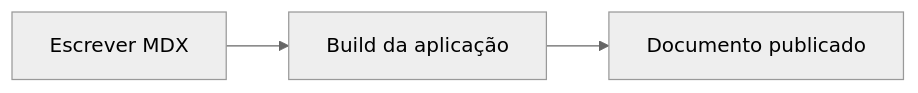
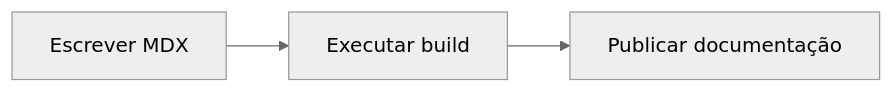
One commit to matheusa1/doc-wrap changed the diagram in src/@content/docs/referencia/componentes/mermaid.mdx. Above: the diagram before and after it, drawn with Mermaid (neutral theme). The commit also changed other lines of this file and 8 other files, not shown here.

````diff
--- a/src/@content/docs/referencia/componentes/mermaid.mdx
+++ b/src/@content/docs/referencia/componentes/mermaid.mdx
@@ -26,5 +30,5 @@
 ```mermaid
 flowchart LR
-  A[Escrever MDX] --> B[Build da aplicação]
-  B --> C[Documento publicado]
+  A["Escrever MDX"] --> B["Executar build"]
+  B --> C["Publicar documentação"]
 ```
````
